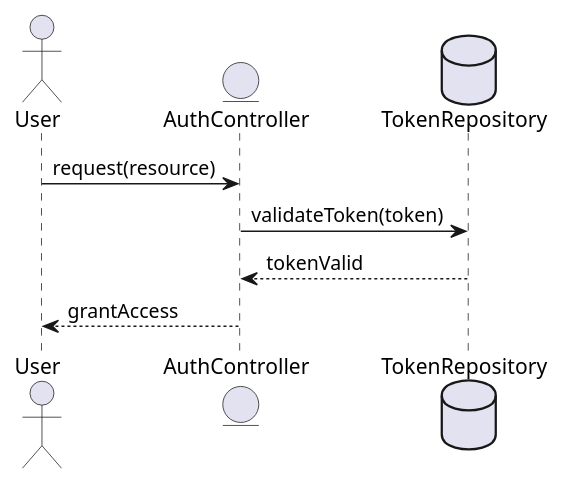
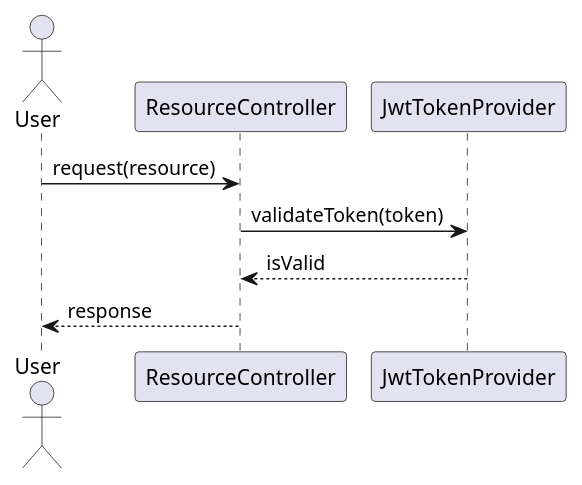
Before and after one commit to Dinesh-s95/AutoDoc.ai: the third of 4 diagrams in vehiclemanagement/documentation/detaileddesign.adoc, drawn with PlantUML. The commit also changed other lines of this file and 15 other files, not shown here.

```diff
--- a/vehiclemanagement/documentation/detaileddesign.adoc
+++ b/vehiclemanagement/documentation/detaileddesign.adoc
@@ -105,13 +113,13 @@
-[plantuml, jwt-validation-flow, png]
+[plantuml, jwt-validation-sequence, png]
 ----
 @startuml
 actor User
-entity AuthController
-database TokenRepository
+participant ResourceController
+participant JwtTokenProvider
 
-User -> AuthController : request(resource)
-AuthController -> TokenRepository : validateToken(token)
-TokenRepository --> AuthController : tokenValid
-AuthController --> User : grantAccess
+User -> ResourceController : request(resource)
+ResourceController -> JwtTokenProvider : validateToken(token)
+JwtTokenProvider --> ResourceController : isValid
+ResourceController --> User : response
 @enduml
 ----
```
